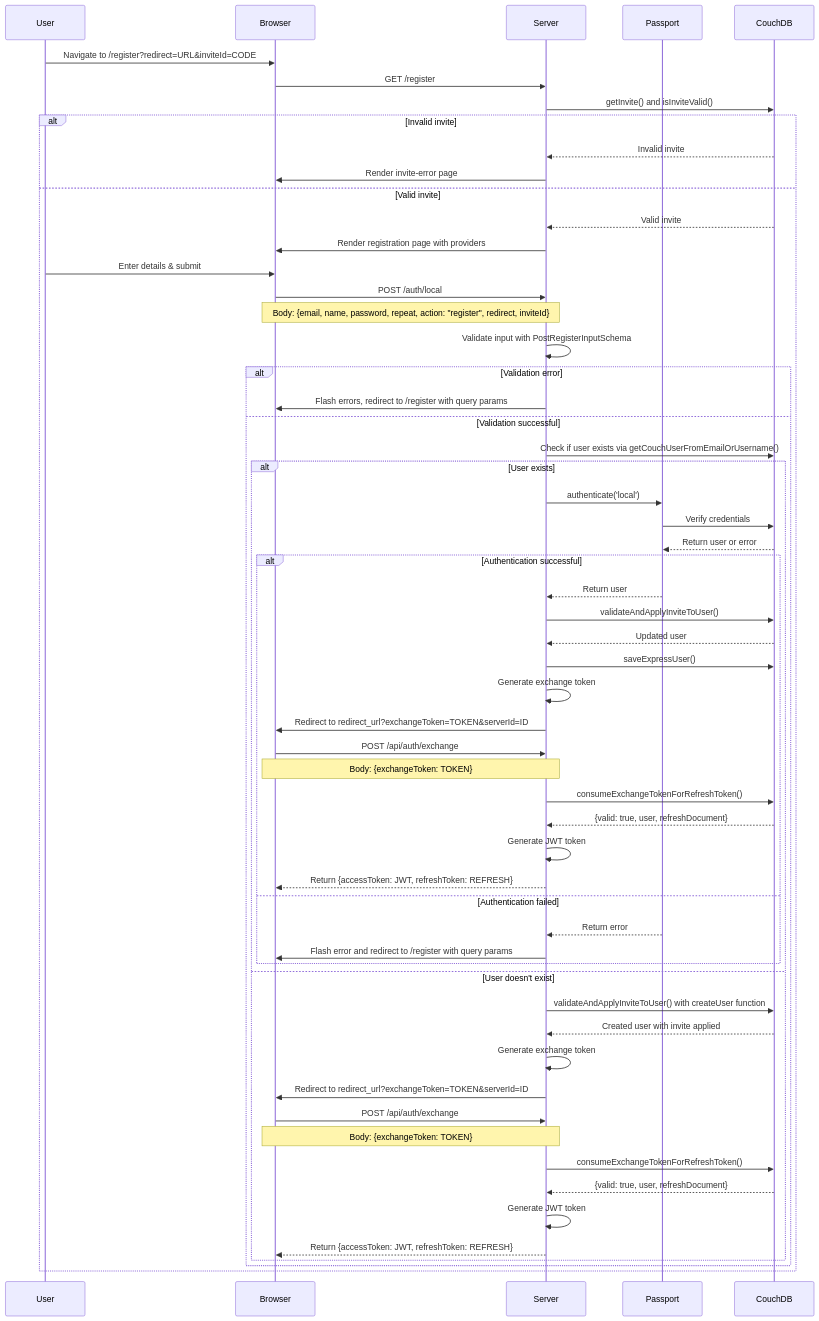
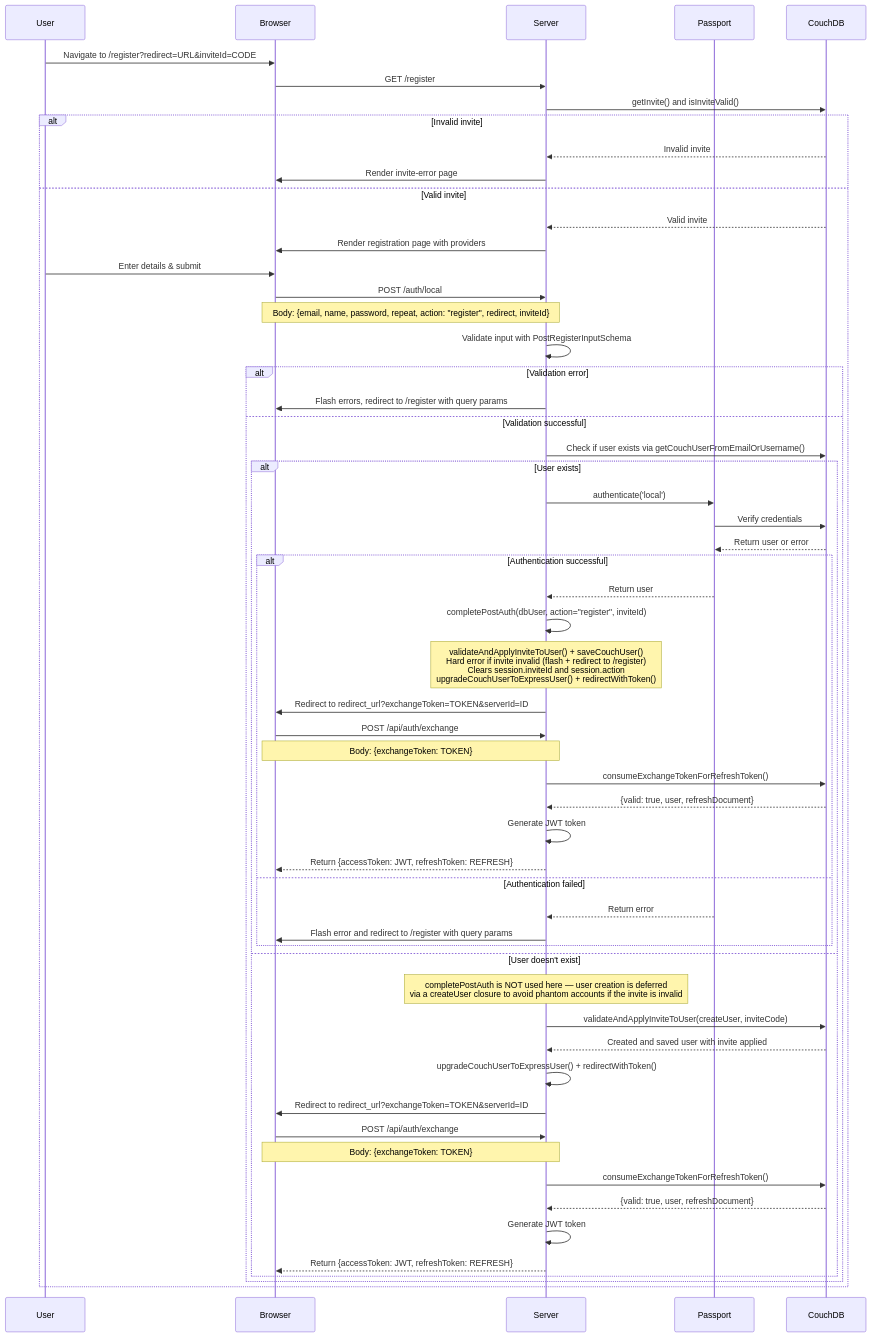
Before and after one commit to FAIMS/FAIMS3: the third of 5 diagrams in docs/developer/docs/source/markdown/Authorisation/PassportAuth.md, drawn with Mermaid. The commit also changed other lines of this file and 1 other file, not shown here.

Commit message:
update developer docs for auth changes

````diff
--- a/docs/developer/docs/source/markdown/Authorisation/PassportAuth.md
+++ b/docs/developer/docs/source/markdown/Authorisation/PassportAuth.md
@@ -171,73 +217,72 @@
 ```mermaid
 sequenceDiagram
     participant User
     participant Browser
     participant Server
     participant Passport
     participant CouchDB
 
     User->>Browser: Navigate to /register?redirect=URL&inviteId=CODE
     Browser->>Server: GET /register
     Server->>CouchDB: getInvite() and isInviteValid()
 
     alt Invalid invite
         CouchDB-->>Server: Invalid invite
         Server->>Browser: Render invite-error page
     else Valid invite
         CouchDB-->>Server: Valid invite
         Server->>Browser: Render registration page with providers
 
         User->>Browser: Enter details & submit
         Browser->>Server: POST /auth/local
         Note over Browser,Server: Body: {email, name, password, repeat, action: "register", redirect, inviteId}
 
         Server->>Server: Validate input with PostRegisterInputSchema
 
         alt Validation error
             Server->>Browser: Flash errors, redirect to /register with query params
         else Validation successful
             Server->>CouchDB: Check if user exists via getCouchUserFromEmailOrUsername()
 
             alt User exists
                 Server->>Passport: authenticate('local')
                 Passport->>CouchDB: Verify credentials
                 CouchDB-->>Passport: Return user or error
 
                 alt Authentication successful
                     Passport-->>Server: Return user
-                    Server->>CouchDB: validateAndApplyInviteToUser()
-                    CouchDB-->>Server: Updated user
-                    Server->>CouchDB: saveExpressUser()
-                    Server->>Server: Generate exchange token
+                    Server->>Server: completePostAuth(dbUser, action="register", inviteId)
+                    Note over Server: validateAndApplyInviteToUser() + saveCouchUser()<br/>Hard error if invite invalid (flash + redirect to /register)<br/>Clears session.inviteId and session.action<br/>upgradeCouchUserToExpressUser() + redirectWithToken()
                     Server->>Browser: Redirect to redirect_url?exchangeToken=TOKEN&serverId=ID
 
                     Browser->>Server: POST /api/auth/exchange
                     Note over Browser,Server: Body: {exchangeToken: TOKEN}
 
                     Server->>CouchDB: consumeExchangeTokenForRefreshToken()
                     CouchDB-->>Server: {valid: true, user, refreshDocument}
 
                     Server->>Server: Generate JWT token
                     Server-->>Browser: Return {accessToken: JWT, refreshToken: REFRESH}
                 else Authentication failed
                     Passport-->>Server: Return error
                     Server->>Browser: Flash error and redirect to /register with query params
                 end
             else User doesn't exist
-                Server->>CouchDB: validateAndApplyInviteToUser() with createUser function
-                CouchDB-->>Server: Created user with invite applied
-                Server->>Server: Generate exchange token
+                Note over Server: completePostAuth is NOT used here — user creation is deferred<br/>via a createUser closure to avoid phantom accounts if the invite is invalid
+                Server->>CouchDB: validateAndApplyInviteToUser(createUser, inviteCode)
+                CouchDB-->>Server: Created and saved user with invite applied
+                Server->>Server: upgradeCouchUserToExpressUser() + redirectWithToken()
                 Server->>Browser: Redirect to redirect_url?exchangeToken=TOKEN&serverId=ID
 
                 Browser->>Server: POST /api/auth/exchange
                 Note over Browser,Server: Body: {exchangeToken: TOKEN}
 
                 Server->>CouchDB: consumeExchangeTokenForRefreshToken()
                 CouchDB-->>Server: {valid: true, user, refreshDocument}
 
                 Server->>Server: Generate JWT token
                 Server-->>Browser: Return {accessToken: JWT, refreshToken: REFRESH}
             end
         end
     end
 ```
````
